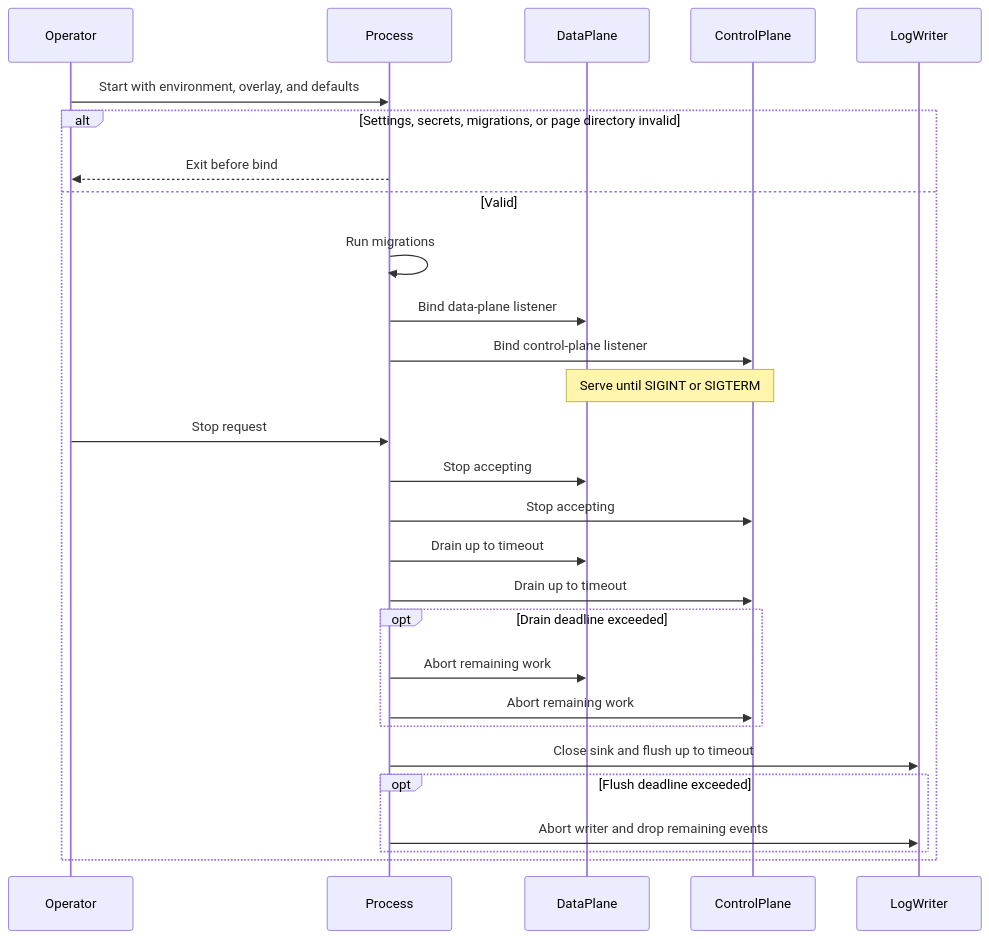
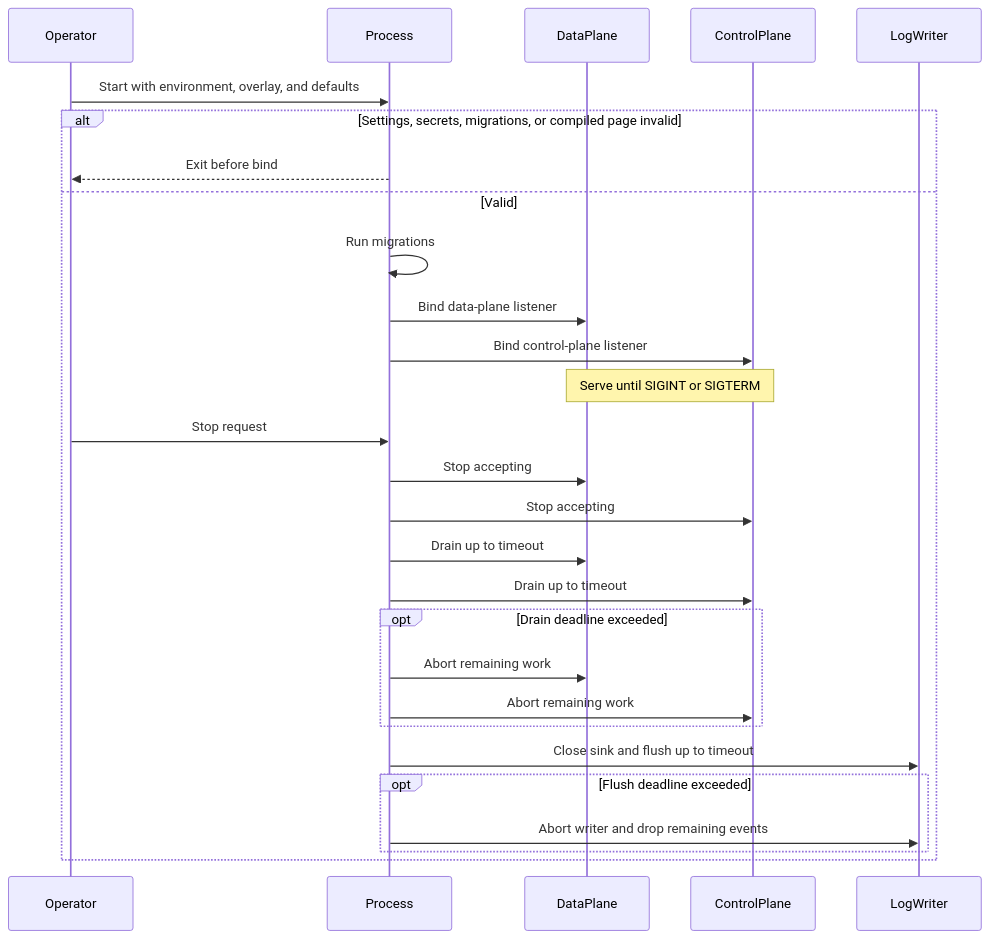
Before and after one commit to sequencestream/tokenstream: the diagram in doc/modules/process.md, drawn with Mermaid. The commit also changed other lines of this file and 22 other files, not shown here.

````diff
--- a/doc/modules/process.md
+++ b/doc/modules/process.md
@@ -19,31 +19,31 @@
 ```mermaid
 sequenceDiagram
     participant Op as Operator
     participant P as Process
     participant D as DataPlane
     participant C as ControlPlane
     participant L as LogWriter
 
     Op->>P: Start with environment, overlay, and defaults
-    alt Settings, secrets, migrations, or page directory invalid
+    alt Settings, secrets, migrations, or compiled page invalid
         P-->>Op: Exit before bind
     else Valid
         P->>P: Run migrations
         P->>D: Bind data-plane listener
         P->>C: Bind control-plane listener
         Note over D,C: Serve until SIGINT or SIGTERM
         Op->>P: Stop request
         P->>D: Stop accepting
         P->>C: Stop accepting
         P->>D: Drain up to timeout
         P->>C: Drain up to timeout
         opt Drain deadline exceeded
             P->>D: Abort remaining work
             P->>C: Abort remaining work
         end
         P->>L: Close sink and flush up to timeout
         opt Flush deadline exceeded
             P->>L: Abort writer and drop remaining events
         end
     end
 ```
````
